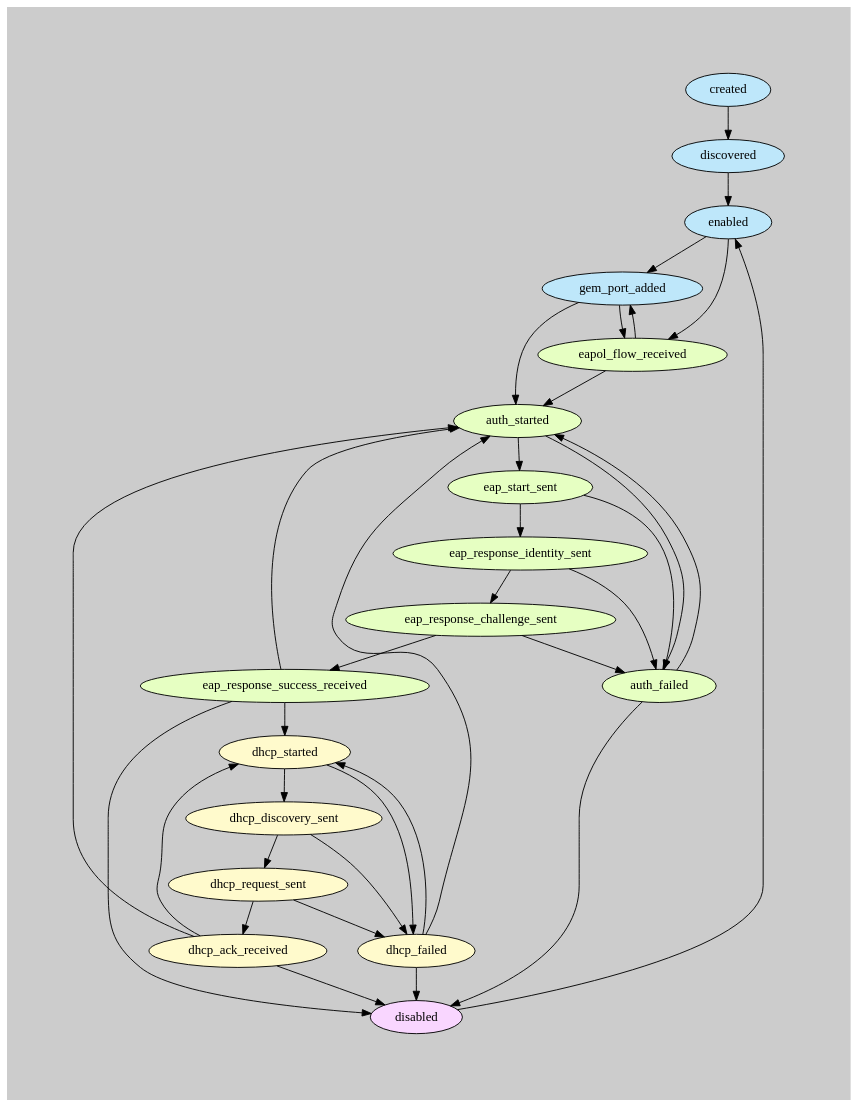
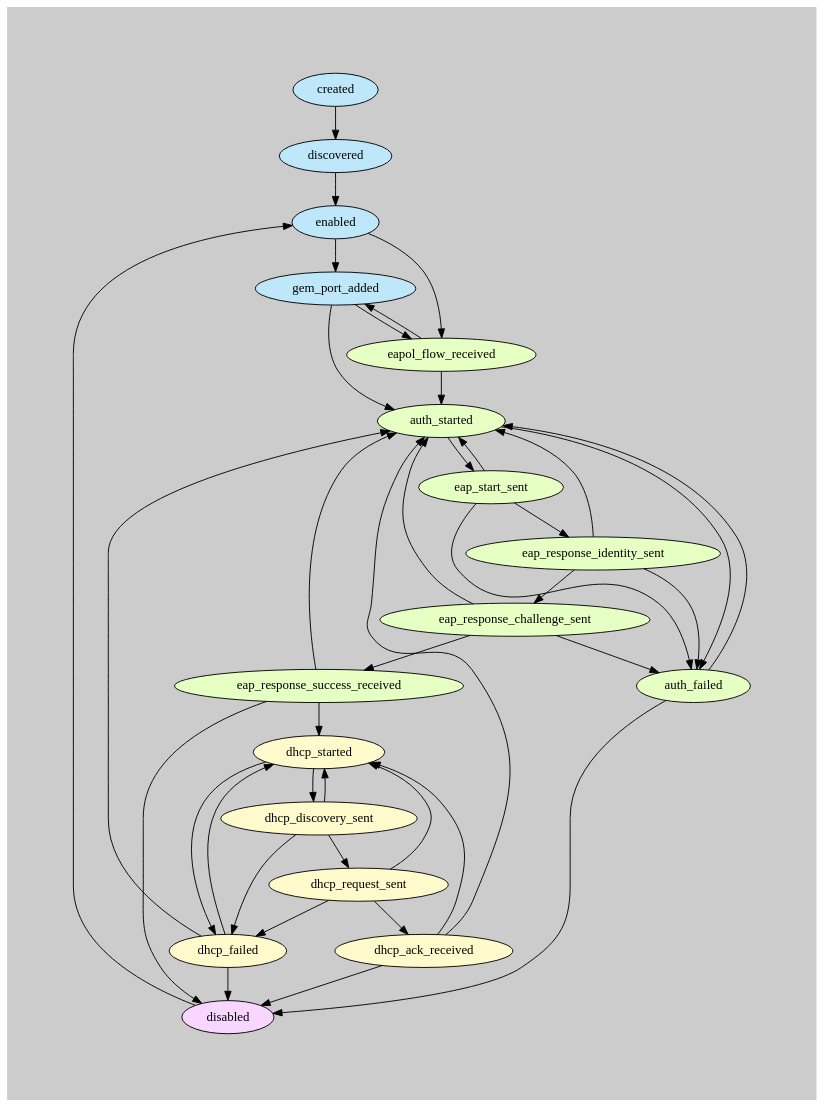
One commit to opencord/bbsim changed the diagram in docs/source/onu-state-machine.rst. Above: the diagram before and after it, drawn with Graphviz. The commit also changed other lines of this file and 6 other files, not shown here.

```diff
--- a/docs/source/onu-state-machine.rst
+++ b/docs/source/onu-state-machine.rst
@@ -65,57 +118,63 @@
 .. graphviz::
 
     digraph {
         graph [pad="1,1" bgcolor="#cccccc"]
         node [style=filled]
 
         created [fillcolor="#bee7fa"]
         discovered [fillcolor="#bee7fa"]
         enabled [fillcolor="#bee7fa"]
         disabled [fillcolor="#f9d6ff"]
         gem_port_added [fillcolor="#bee7fa"]
 
         eapol_flow_received [fillcolor="#e6ffc2"]
         auth_started [fillcolor="#e6ffc2"]
         eap_start_sent [fillcolor="#e6ffc2"]
         eap_response_identity_sent [fillcolor="#e6ffc2"]
         eap_response_challenge_sent [fillcolor="#e6ffc2"]
         eap_response_success_received [fillcolor="#e6ffc2"]
         auth_failed [fillcolor="#e6ffc2"]
 
         dhcp_started [fillcolor="#fffacc"]
         dhcp_discovery_sent [fillcolor="#fffacc"]
         dhcp_request_sent [fillcolor="#fffacc"]
         dhcp_ack_received [fillcolor="#fffacc"]
         dhcp_failed [fillcolor="#fffacc"]
 
         created -> discovered -> enabled
         enabled -> gem_port_added -> eapol_flow_received -> auth_started
         enabled -> eapol_flow_received -> gem_port_added -> auth_started
 
         auth_started -> eap_start_sent -> eap_response_identity_sent -> eap_response_challenge_sent -> eap_response_success_received
         auth_started -> auth_failed
         eap_start_sent -> auth_failed
         eap_response_identity_sent -> auth_failed
         eap_response_challenge_sent -> auth_failed
 
+        eap_start_sent -> auth_started
+        eap_response_identity_sent -> auth_started
+        eap_response_challenge_sent -> auth_started
+
         eap_response_success_received -> auth_started
         auth_failed -> auth_started
         dhcp_ack_received -> auth_started
         dhcp_failed -> auth_started
 
         eap_response_success_received -> dhcp_started
         dhcp_started -> dhcp_discovery_sent -> dhcp_request_sent -> dhcp_ack_received
         dhcp_started -> dhcp_failed
         dhcp_discovery_sent -> dhcp_failed
         dhcp_request_sent -> dhcp_failed
         dhcp_ack_received dhcp_failed
 
         eap_response_success_received -> disabled
         auth_failed -> disabled
         dhcp_ack_received -> disabled
         dhcp_failed -> disabled
         disabled -> enabled
 
+        dhcp_discovery_sent -> dhcp_started
+        dhcp_request_sent -> dhcp_started
         dhcp_ack_received -> dhcp_started
         dhcp_failed -> dhcp_started
     }
```
